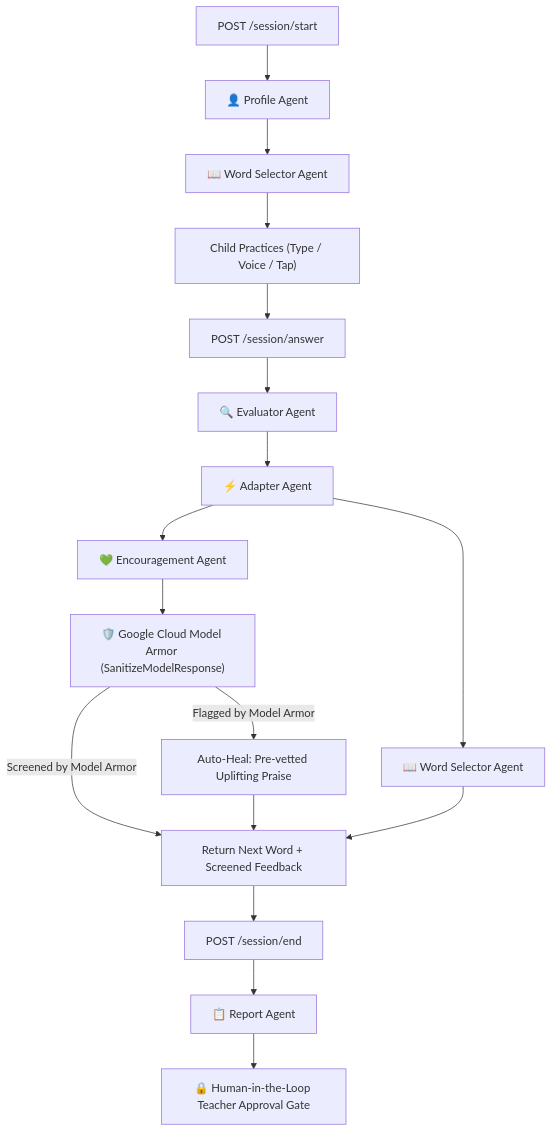
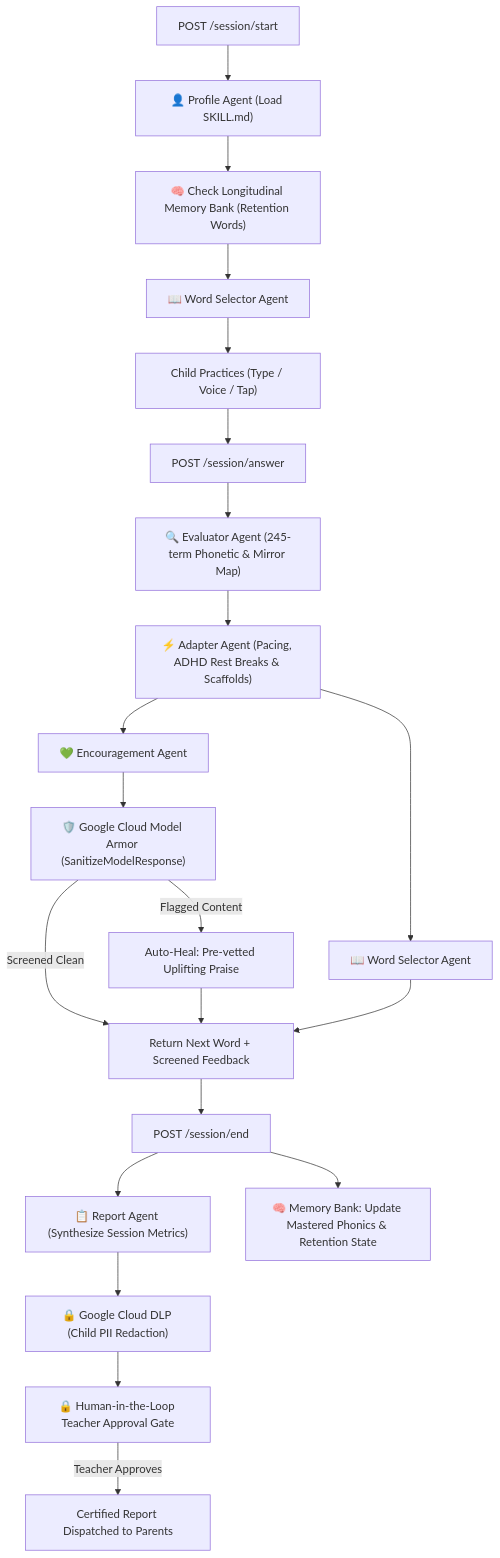
The second of 2 diagrams in README.md (soumyaritu/WordBloom), drawn with Mermaid before and after one commit. The commit also changed other lines of this file, not shown here.

Commit message:
docs(architecture): update Mermaid diagrams with enterprise governance pillars, memory bank, and DLP

````diff
--- a/README.md
+++ b/README.md
@@ -231,19 +234,23 @@
 ```mermaid
 graph TD
-    A["POST /session/start"] --> B["👤 Profile Agent"]
-    B --> C["📖 Word Selector Agent"]
+    A["POST /session/start"] --> B["👤 Profile Agent (Load SKILL.md)"]
+    B --> MEM["🧠 Check Longitudinal Memory Bank (Retention Words)"]
+    MEM --> C["📖 Word Selector Agent"]
     C --> D["Child Practices (Type / Voice / Tap)"]
     D --> E["POST /session/answer"]
-    E --> F["🔍 Evaluator Agent"]
-    F --> G["⚡ Adapter Agent"]
+    E --> F["🔍 Evaluator Agent (245-term Phonetic & Mirror Map)"]
+    F --> G["⚡ Adapter Agent (Pacing, ADHD Rest Breaks & Scaffolds)"]
     G --> H1["💚 Encouragement Agent"]
     G --> H2["📖 Word Selector Agent"]
     H1 --> MA["🛡️ Google Cloud Model Armor (SanitizeModelResponse)"]
-    MA -->|"Screened by Model Armor"| I["Return Next Word + Screened Feedback"]
-    MA -->|"Flagged by Model Armor"| HEAL["Auto-Heal: Pre-vetted Uplifting Praise"]
+    MA -->|"Screened Clean"| I["Return Next Word + Screened Feedback"]
+    MA -->|"Flagged Content"| HEAL["Auto-Heal: Pre-vetted Uplifting Praise"]
     HEAL --> I
     H2 --> I
     I --> J["POST /session/end"]
-    J --> K["📋 Report Agent"]
-    K --> L["🔒 Human-in-the-Loop Teacher Approval Gate"]
+    J --> K["📋 Report Agent (Synthesize Session Metrics)"]
+    K --> DLP["🔒 Google Cloud DLP (Child PII Redaction)"]
+    DLP --> L["🔒 Human-in-the-Loop Teacher Approval Gate"]
+    L -->|"Teacher Approves"| DISPATCH["Certified Report Dispatched to Parents"]
+    J --> UP_MEM["🧠 Memory Bank: Update Mastered Phonics & Retention State"]
 ```
````
